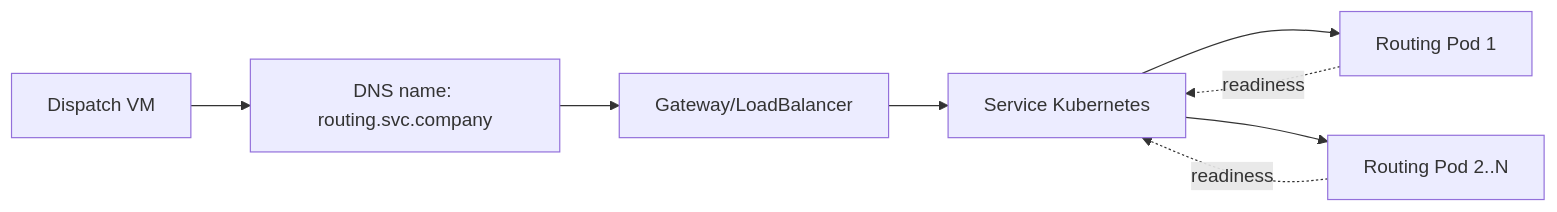
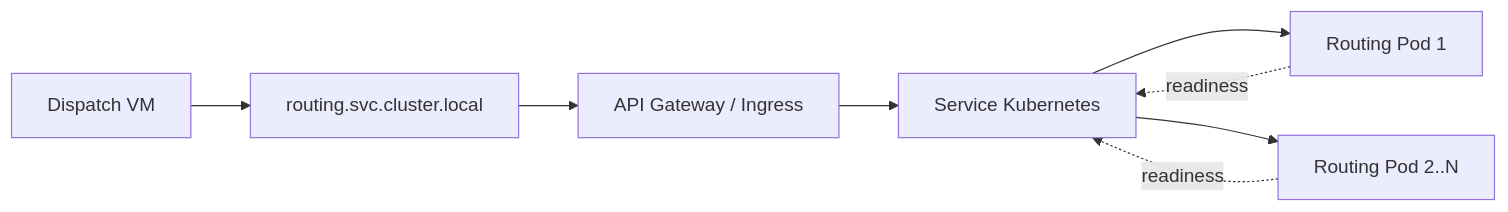
Before and after one commit to sdmorenob/swarch-2025-ii: the fifth of 5 diagrams in laboratories/laboratory_4/jtorresle-kgonzalezg-jacarrilloc/README.md, drawn with Mermaid. The commit also changed other lines of this file, not shown here.

````diff
--- a/laboratories/laboratory_4/jtorresle-kgonzalezg-jacarrilloc/README.md
+++ b/laboratories/laboratory_4/jtorresle-kgonzalezg-jacarrilloc/README.md
@@ -282,10 +284,10 @@
 ```mermaid
 flowchart LR
-  Legacy[Dispatch VM] --> DNS[DNS name: routing.svc.company]
-  DNS --> GW[Gateway/LoadBalancer]
+  Legacy[Dispatch VM] --> DNS[routing.svc.cluster.local]
+  DNS --> GW[API Gateway / Ingress]
   GW --> SVC[Service Kubernetes]
   SVC --> P1[Routing Pod 1]
   SVC --> P2[Routing Pod 2..N]
   P1 -. readiness .-> SVC
   P2 -. readiness .-> SVC
 ```
````
